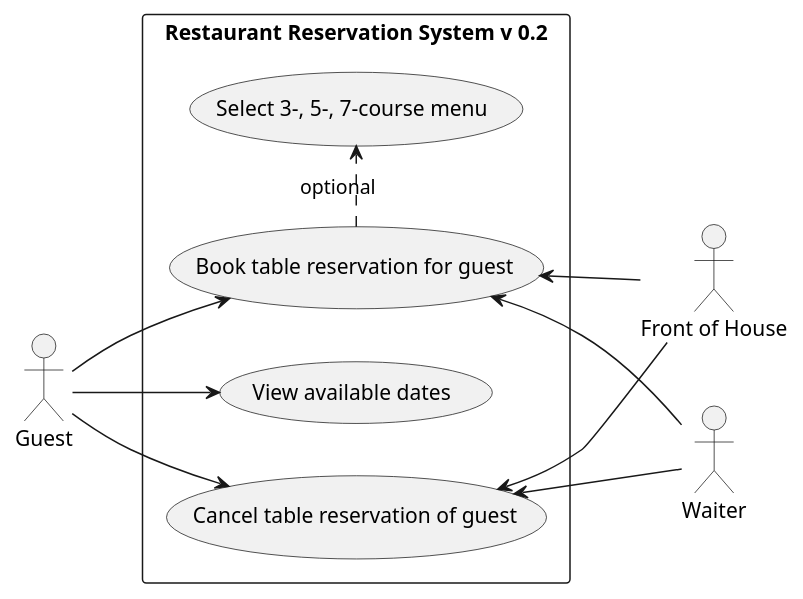
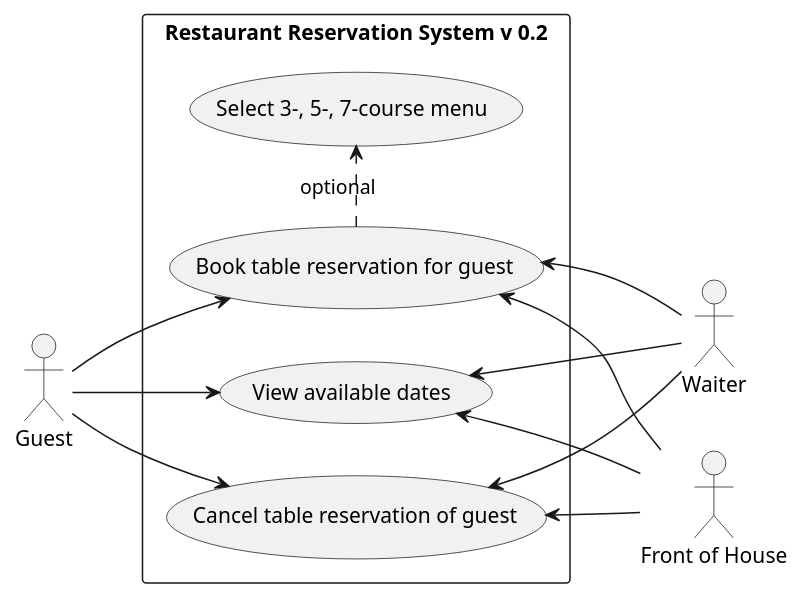
The diagram in src/main/docs/uml/use-case/restaurant/reservation.puml (mrjink/molveno), drawn with PlantUML before and after one commit.

Commit message:
Added arrows for waiter & Front of House, View available dates

```diff
--- a/src/main/docs/uml/use-case/restaurant/reservation.puml
+++ b/src/main/docs/uml/use-case/restaurant/reservation.puml
@@ -1,29 +1,32 @@
 @startuml
 
 left to right direction
 
 actor "Front of House" as FoH
 actor Waiter
 actor Guest
 
 rectangle "Restaurant Reservation System v 0.2" {
     (View available dates) as (TableAll)
     (Book table reservation for guest) as (TableBook)
     (Select 3-, 5-, 7-course menu) as (TableCourse)
     (Cancel table reservation of guest) as (TableCancel)
 
     Guest --> (TableAll)
     Guest --> (TableBook)
 '    Guest ..> (TableCourse) : optional
     (TableBook) .> (TableCourse) : optional
     Guest --> (TableCancel)
 
     (TableBook) <-- Waiter
     (TableCancel) <-- Waiter
+    (TableAll) <-- Waiter
+
 
     (TableBook) <-- FoH
     (TableCancel) <-- FoH
+    (TableAll) <-- FoH
 
 }
 
 @enduml
```
